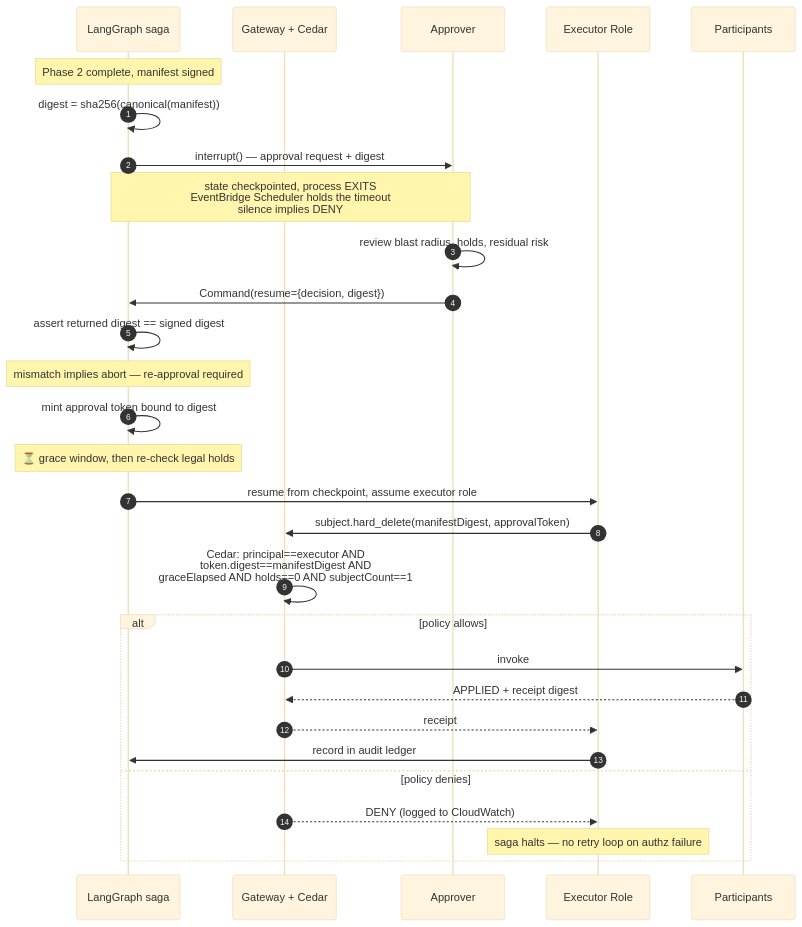
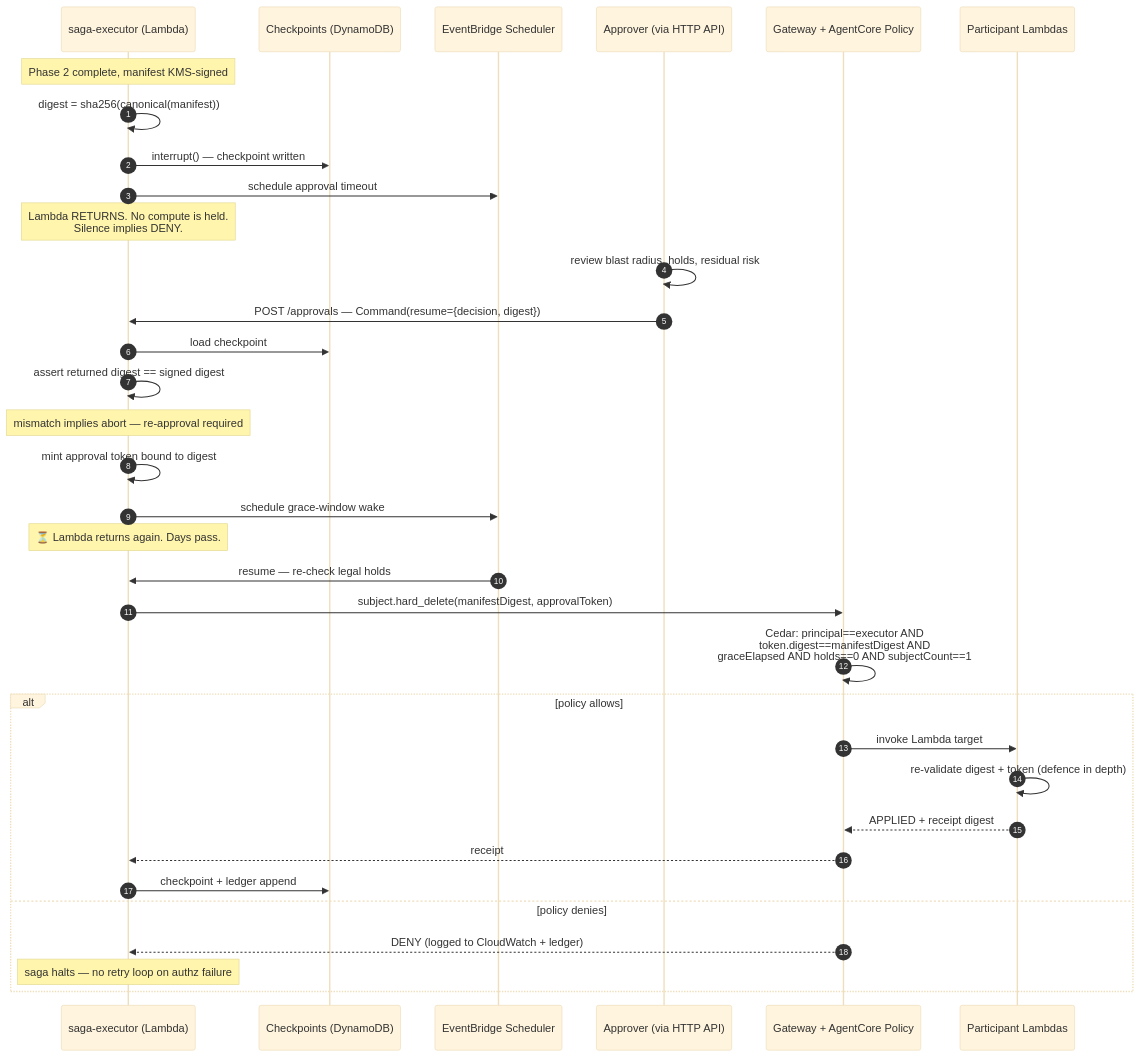
Before and after one commit to andaro74/agentic-pii-erasure: the diagram in docs/diagrams/03-approval-flow.mermaid, drawn with Mermaid (base theme). The commit also changed 30 other files, not shown here.

First line of the commit message:
Architecture baseline v0.2: AWS-only serverless on Bedrock AgentCore

```diff
--- a/docs/diagrams/03-approval-flow.mermaid
+++ b/docs/diagrams/03-approval-flow.mermaid
@@ -1,36 +1,41 @@
 %% ASDP · Human approval with digest-bound tokens (closes the TOCTOU hole).
-%% LangGraph interrupt/resume — the process exits while paused. ADR-014.
-%% Source of truth: ARCHITECTURE.md §8.2. See ADR-006.
+%% Serverless: the Lambda RETURNS while paused; the checkpoint is the pause. ADR-016.
+%% Source of truth: ARCHITECTURE.md §8.2. See ADR-006, ADR-018.
 sequenceDiagram
     autonumber
-    participant SFN as LangGraph saga
-    participant GW as Gateway + Cedar
-    participant APV as Approver
-    participant EX as Executor Role
-    participant P as Participants
+    participant EXE as saga-executor (Lambda)
+    participant DDB as Checkpoints (DynamoDB)
+    participant SCH as EventBridge Scheduler
+    participant APV as Approver (via HTTP API)
+    participant GW as Gateway + AgentCore Policy
+    participant P as Participant Lambdas
 
-    Note over SFN: Phase 2 complete, manifest signed
-    SFN->>SFN: digest = sha256(canonical(manifest))
-    SFN->>APV: interrupt() — approval request + digest
-    Note over SFN,APV: state checkpointed, process EXITS<br/>EventBridge Scheduler holds the timeout<br/>silence implies DENY
+    Note over EXE: Phase 2 complete, manifest KMS-signed
+    EXE->>EXE: digest = sha256(canonical(manifest))
+    EXE->>DDB: interrupt() — checkpoint written
+    EXE->>SCH: schedule approval timeout
+    Note over EXE: Lambda RETURNS. No compute is held.<br/>Silence implies DENY.
 
     APV->>APV: review blast radius, holds, residual risk
-    APV->>SFN: Command(resume={decision, digest})
-    SFN->>SFN: assert returned digest == signed digest
-    Note over SFN: mismatch implies abort — re-approval required
+    APV->>EXE: POST /approvals — Command(resume={decision, digest})
+    EXE->>DDB: load checkpoint
+    EXE->>EXE: assert returned digest == signed digest
+    Note over EXE: mismatch implies abort — re-approval required
 
-    SFN->>SFN: mint approval token bound to digest
-    Note over SFN: ⏳ grace window, then re-check legal holds
+    EXE->>EXE: mint approval token bound to digest
+    EXE->>SCH: schedule grace-window wake
+    Note over EXE: ⏳ Lambda returns again. Days pass.
 
-    SFN->>EX: resume from checkpoint, assume executor role
-    EX->>GW: subject.hard_delete(manifestDigest, approvalToken)
+    SCH->>EXE: resume — re-check legal holds
+    EXE->>GW: subject.hard_delete(manifestDigest, approvalToken)
     GW->>GW: Cedar: principal==executor AND<br/>token.digest==manifestDigest AND<br/>graceElapsed AND holds==0 AND subjectCount==1
     alt policy allows
-        GW->>P: invoke
+        GW->>P: invoke Lambda target
+        P->>P: re-validate digest + token (defence in depth)
         P-->>GW: APPLIED + receipt digest
-        GW-->>EX: receipt
-        EX->>SFN: record in audit ledger
+        GW-->>EXE: receipt
+        EXE->>DDB: checkpoint + ledger append
     else policy denies
-        GW-->>EX: DENY (logged to CloudWatch)
-        Note over EX: saga halts — no retry loop on authz failure
+        GW-->>EXE: DENY (logged to CloudWatch + ledger)
+        Note over EXE: saga halts — no retry loop on authz failure
     end
```
